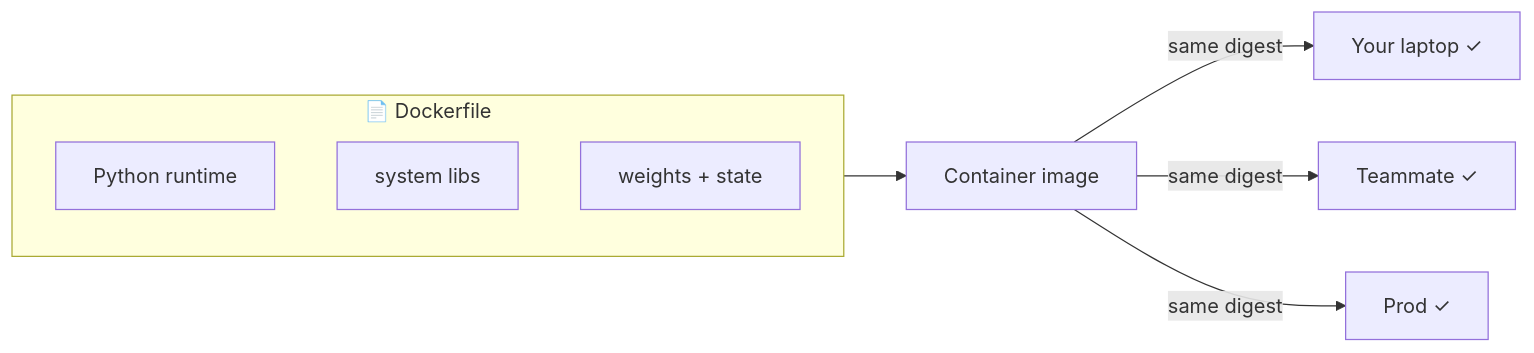
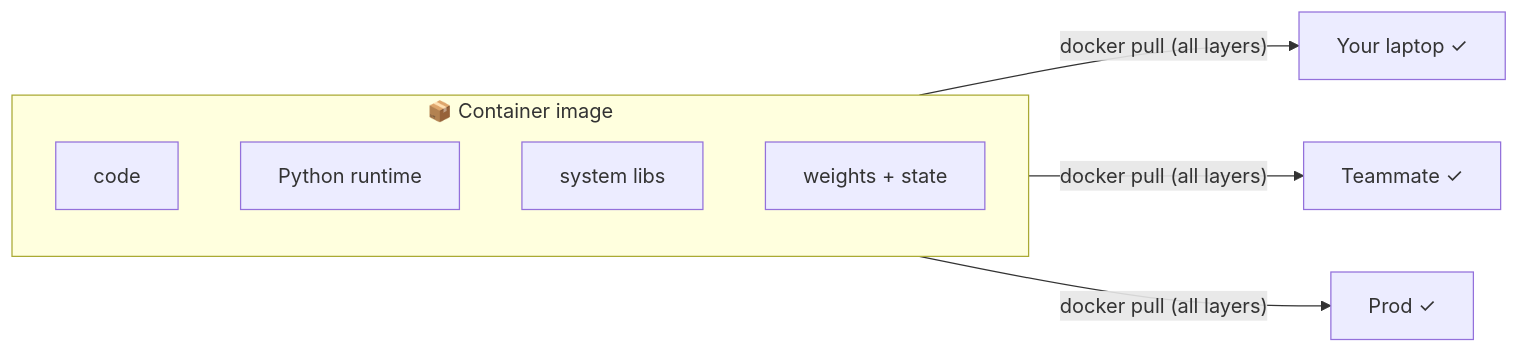
Before and after one commit to arun-gupta/the-pain-first-way: the second of 2 diagrams in pains/01-model-works-locally.md, drawn with Mermaid. The commit also changed other lines of this file, not shown here.

Commit message:
docs(pain-01): make before/after diagrams structurally identical
Both subgraphs now contain the same four nodes (code, Python runtime,
system libs, weights + state). The only differences are the subgraph
label (laptop vs container image), the edge label (git push code only vs
docker pull all layers), and the outcome (crash vs three environments ✓).

````diff
--- a/pains/01-model-works-locally.md
+++ b/pains/01-model-works-locally.md
@@ -31,12 +31,12 @@
 ```mermaid
 flowchart LR
-  subgraph DF["📄 Dockerfile"]
-    L1[Python runtime]
-    L2[system libs]
-    L3[weights + state]
+  subgraph Image["📦 Container image"]
+    C[code]
+    R[Python runtime]
+    S[system libs]
+    W[weights + state]
   end
-  DF --> IMG[Container image]
-  IMG -->|same digest| E1[Your laptop ✓]
-  IMG -->|same digest| E2[Teammate ✓]
-  IMG -->|same digest| E3[Prod ✓]
+  Image -->|"docker pull (all layers)"| E1[Your laptop ✓]
+  Image -->|"docker pull (all layers)"| E2[Teammate ✓]
+  Image -->|"docker pull (all layers)"| E3[Prod ✓]
 ```
````
